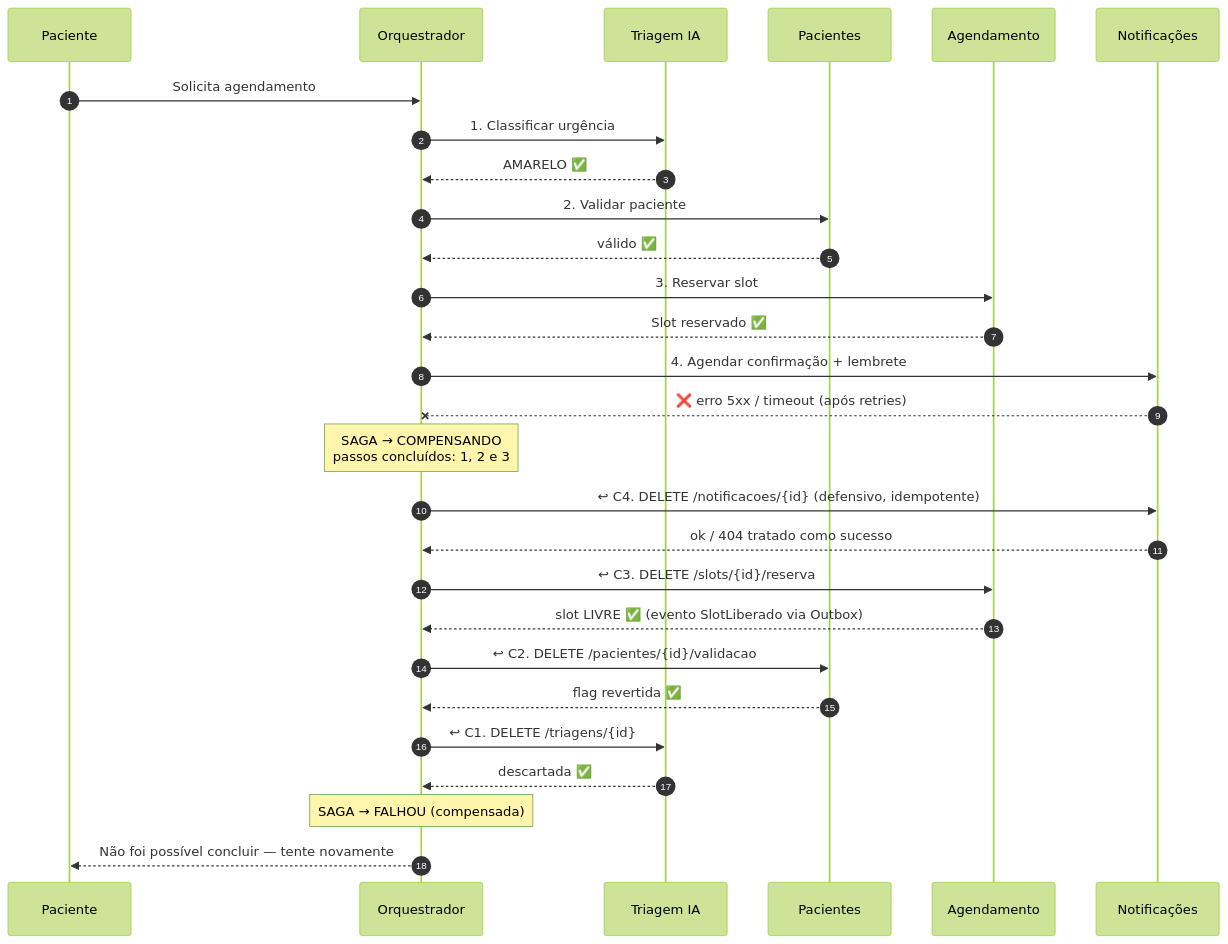
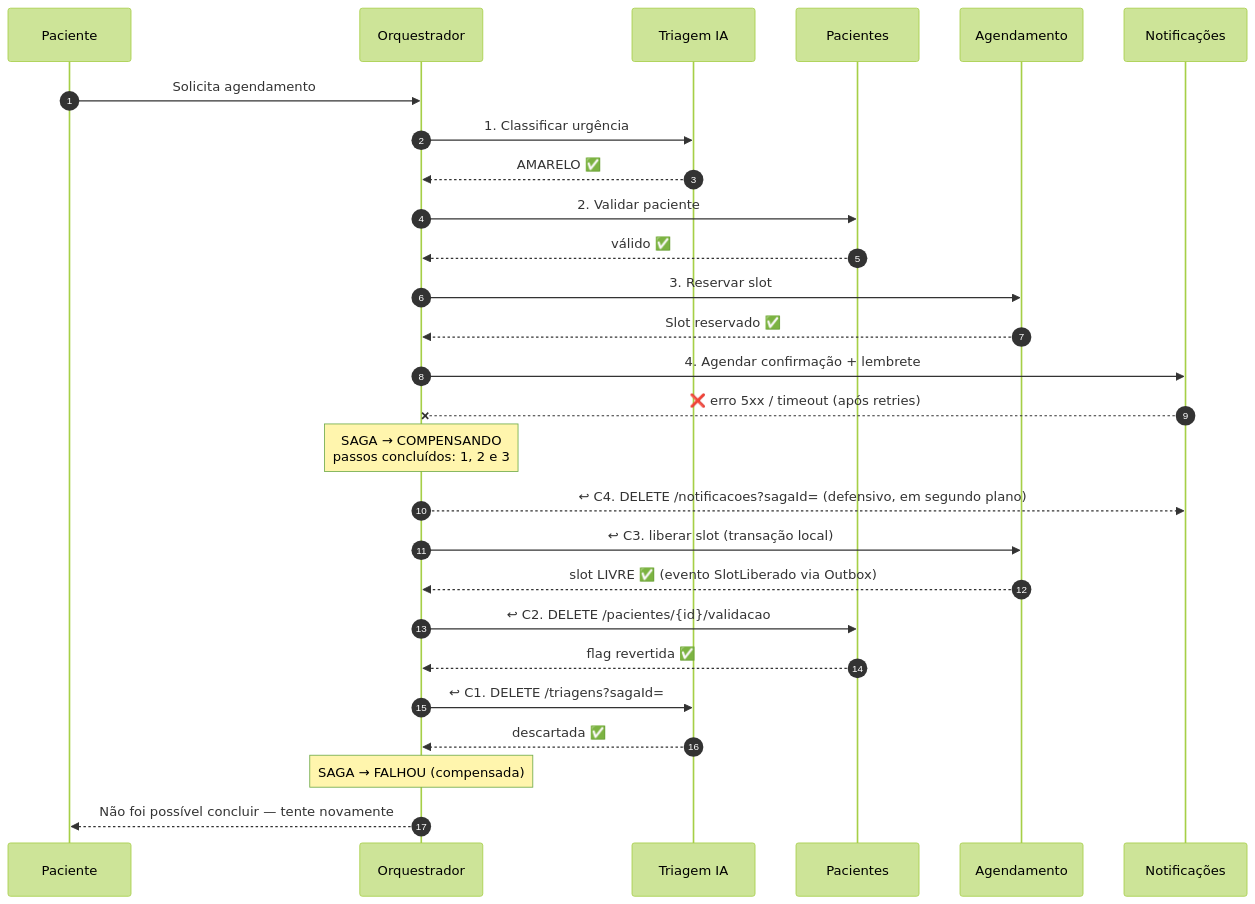
Before and after one commit to multiheros/saude-conecta: the third of 4 diagrams in docs/arquitetura/saga-agendamento.md, drawn with Mermaid (forest theme). The commit also changed other lines of this file and 13 other files, not shown here.

````diff
--- a/docs/arquitetura/saga-agendamento.md
+++ b/docs/arquitetura/saga-agendamento.md
@@ -111,31 +118,30 @@
 ```mermaid
 sequenceDiagram
     autonumber
     participant P as Paciente
     participant O as Orquestrador
     participant TR as Triagem IA
     participant PA as Pacientes
     participant AG as Agendamento
     participant NO as Notificações
 
     P->>O: Solicita agendamento
     O->>TR: 1. Classificar urgência
     TR-->>O: AMARELO ✅
     O->>PA: 2. Validar paciente
     PA-->>O: válido ✅
     O->>AG: 3. Reservar slot
     AG-->>O: Slot reservado ✅
     O->>NO: 4. Agendar confirmação + lembrete
     NO--xO: ❌ erro 5xx / timeout (após retries)
     Note over O: SAGA → COMPENSANDO<br/>passos concluídos: 1, 2 e 3
-    O->>NO: ↩ C4. DELETE /notificacoes/{id} (defensivo, idempotente)
-    NO-->>O: ok / 404 tratado como sucesso
-    O->>AG: ↩ C3. DELETE /slots/{id}/reserva
+    O-->>NO: ↩ C4. DELETE /notificacoes?sagaId= (defensivo, em segundo plano)
+    O->>AG: ↩ C3. liberar slot (transação local)
     AG-->>O: slot LIVRE ✅ (evento SlotLiberado via Outbox)
     O->>PA: ↩ C2. DELETE /pacientes/{id}/validacao
     PA-->>O: flag revertida ✅
-    O->>TR: ↩ C1. DELETE /triagens/{id}
+    O->>TR: ↩ C1. DELETE /triagens?sagaId=
     TR-->>O: descartada ✅
     Note over O: SAGA → FALHOU (compensada)
     O-->>P: Não foi possível concluir — tente novamente
 ```
````
